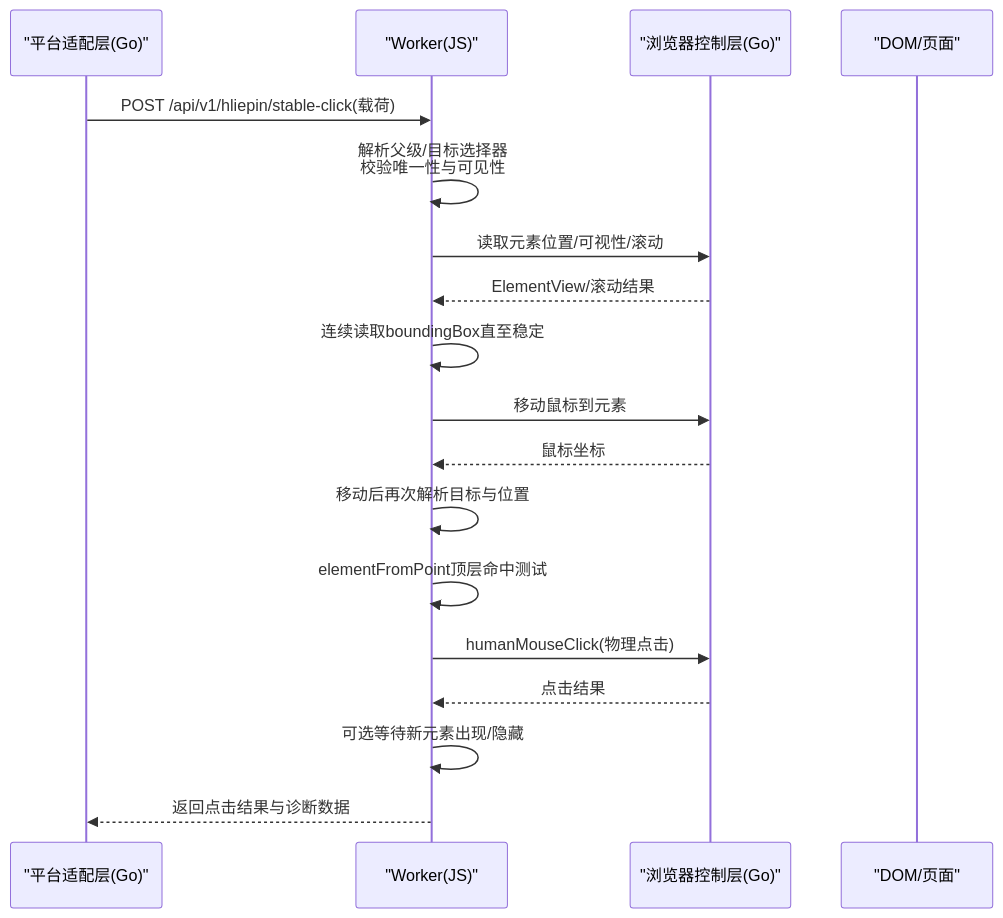
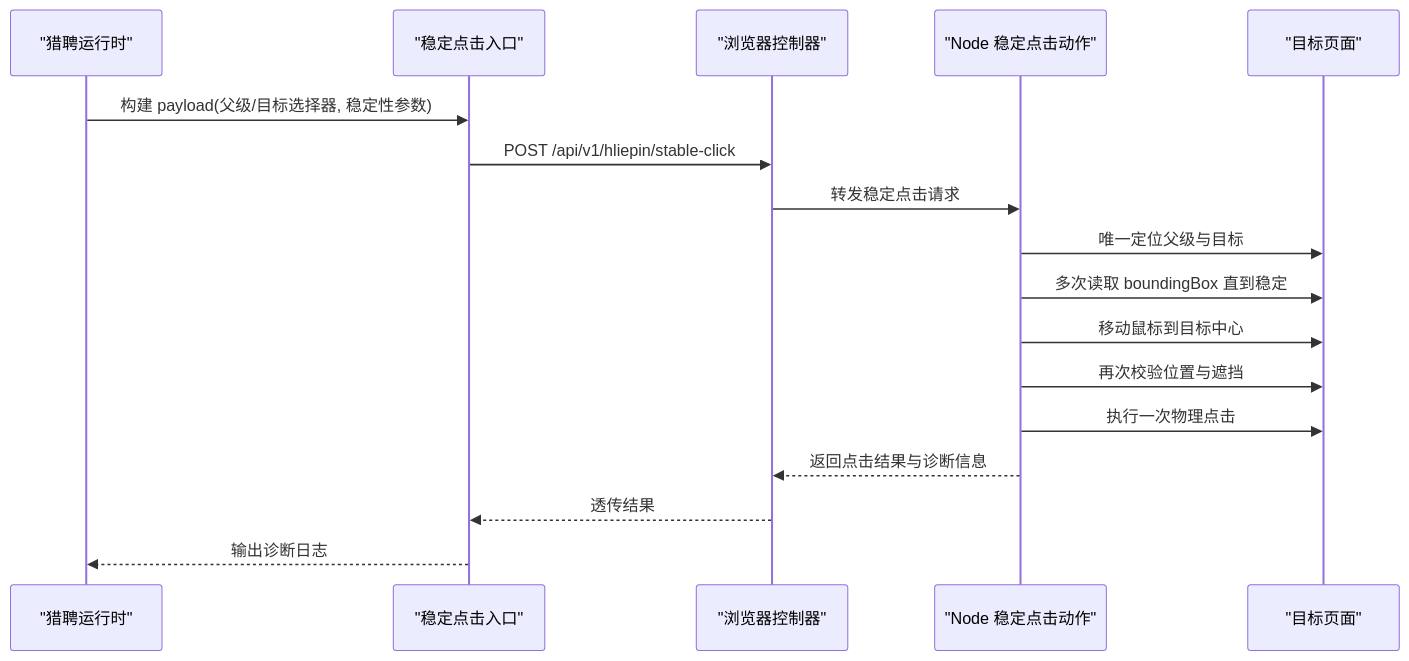
One commit to alvinwangzi/goodhr changed the second of 7 diagrams in .qoder/repowiki/zh/content/本地执行器/平台适配器/猎聘适配器/稳定点击机制.md. Above: the diagram before and after it, drawn with Mermaid. The commit also changed other lines of this file and 149 other files, not shown here.

````diff
--- a/.qoder/repowiki/zh/content/本地执行器/平台适配器/猎聘适配器/稳定点击机制.md
+++ b/.qoder/repowiki/zh/content/本地执行器/平台适配器/猎聘适配器/稳定点击机制.md
@@ -103,20 +88,19 @@
 ```mermaid
 sequenceDiagram
-participant P as "平台适配层(Go)"
-participant W as "Worker(JS)"
-participant B as "浏览器控制层(Go)"
-participant D as "DOM/页面"
-P->>W : POST /api/v1/hliepin/stable-click(载荷)
-W->>W : 解析父级/目标选择器<br/>校验唯一性与可见性
-W->>B : 读取元素位置/可视性/滚动
-B-->>W : ElementView/滚动结果
-W->>W : 连续读取boundingBox直至稳定
-W->>B : 移动鼠标到元素
-B-->>W : 鼠标坐标
-W->>W : 移动后再次解析目标与位置
-W->>W : elementFromPoint顶层命中测试
-W->>B : humanMouseClick(物理点击)
-B-->>W : 点击结果
-W->>W : 可选等待新元素出现/隐藏
-W-->>P : 返回点击结果与诊断数据
+participant HR as "猎聘运行时"
+participant SC as "稳定点击入口"
+participant BC as "浏览器控制器"
+participant NW as "Node 稳定点击动作"
+participant Page as "目标页面"
+HR->>SC : 构建 payload(父级/目标选择器, 稳定性参数)
+SC->>BC : POST /api/v1/hliepin/stable-click
+BC->>NW : 转发稳定点击请求
+NW->>Page : 唯一定位父级与目标
+NW->>Page : 多次读取 boundingBox 直到稳定
+NW->>Page : 移动鼠标到目标中心
+NW->>Page : 再次校验位置与遮挡
+NW->>Page : 执行一次物理点击
+NW-->>BC : 返回点击结果与诊断信息
+BC-->>SC : 透传结果
+SC-->>HR : 输出诊断日志
 ```
````
